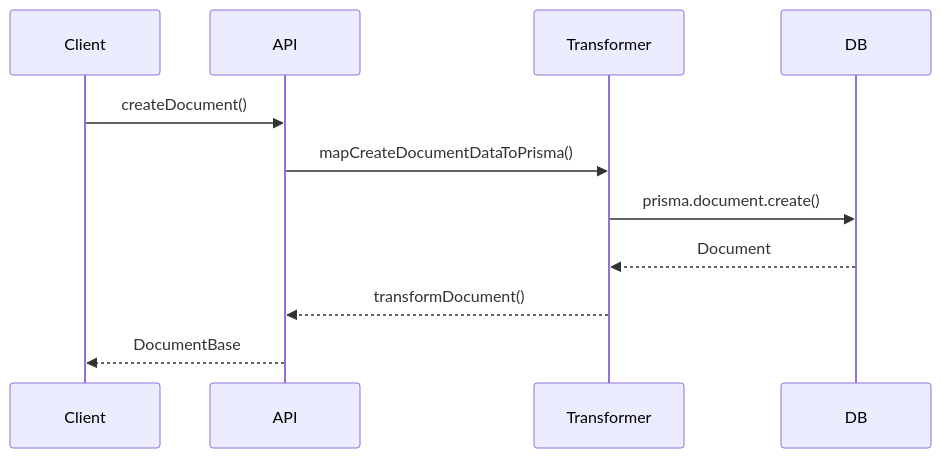
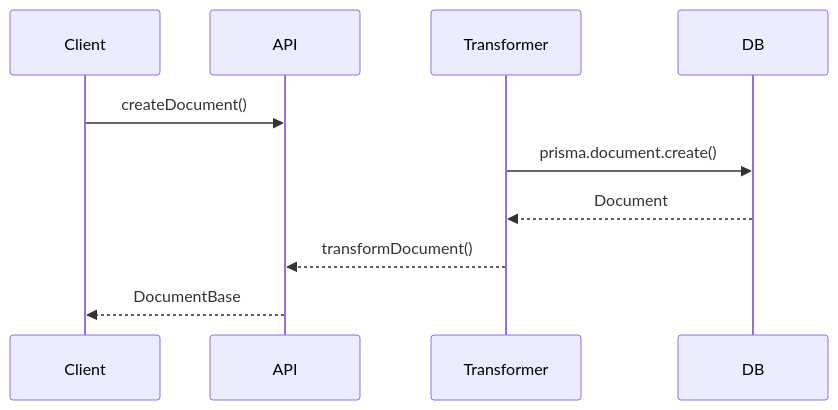
Before and after one commit to gvastethecreator/media-manager: the second of 2 diagrams in src/types/entities/document/documentation.md, drawn with Mermaid. The commit also changed 176 other files, not shown here.

````diff
--- a/src/types/entities/document/documentation.md
+++ b/src/types/entities/document/documentation.md
@@ -50,13 +50,13 @@
 ```mermaid
 sequenceDiagram
     participant Client
     participant API
     participant Transformer
     participant DB
     Client->>API: createDocument()
-    API->>Transformer: mapCreateDocumentDataToPrisma()
+    
     Transformer->>DB: prisma.document.create()
     DB-->>Transformer: Document
     Transformer-->>API: transformDocument()
     API-->>Client: DocumentBase
 ```
````
